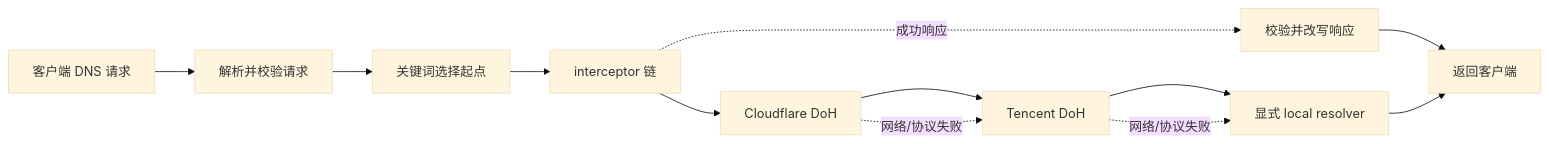
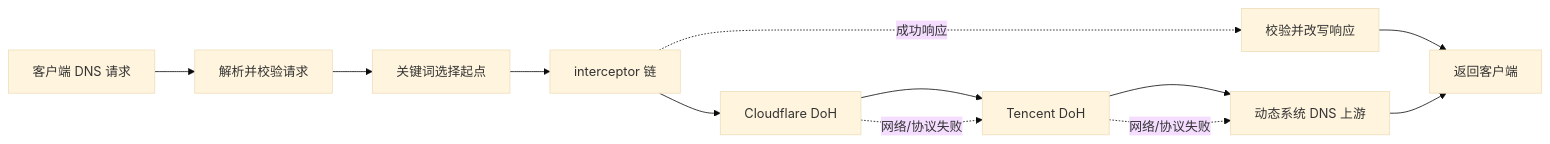
One commit to Fuxx-1/EdgeSteer changed the diagram in docs/zh/architecture.md. Above: the diagram before and after it, drawn with Mermaid (base theme). The commit also changed other lines of this file and 18 other files, not shown here.

Commit message:
Add dynamic system DNS local layer

````diff
--- a/docs/zh/architecture.md
+++ b/docs/zh/architecture.md
@@ -9,14 +9,14 @@
 ```mermaid
 flowchart LR
     C["客户端 DNS 请求"] --> P["解析并校验请求"]
     P --> R["关键词选择起点"]
     R --> I["interceptor 链"]
     I --> D["Cloudflare DoH"]
     D --> T["Tencent DoH"]
-    T --> L["显式 local resolver"]
+    T --> L["动态系统 DNS 上游"]
     I -. "成功响应" .-> W["校验并改写响应"]
     D -. "网络/协议失败" .-> T
     T -. "网络/协议失败" .-> L
     W --> O["返回客户端"]
     L --> O
 ```
````
